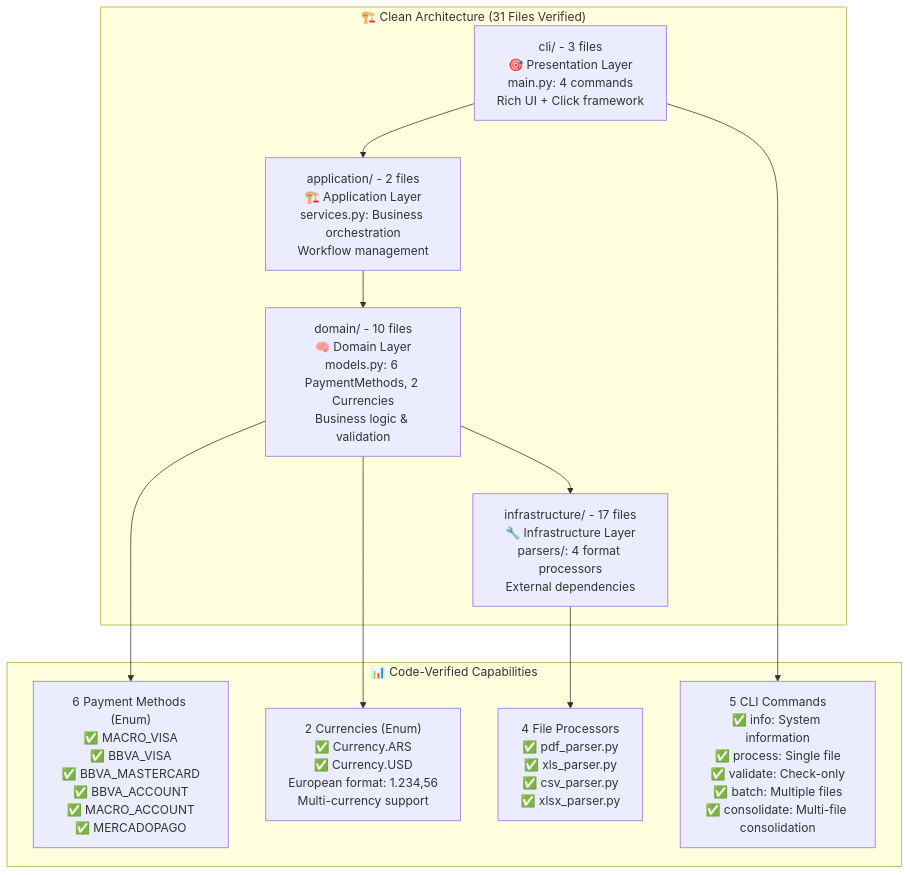
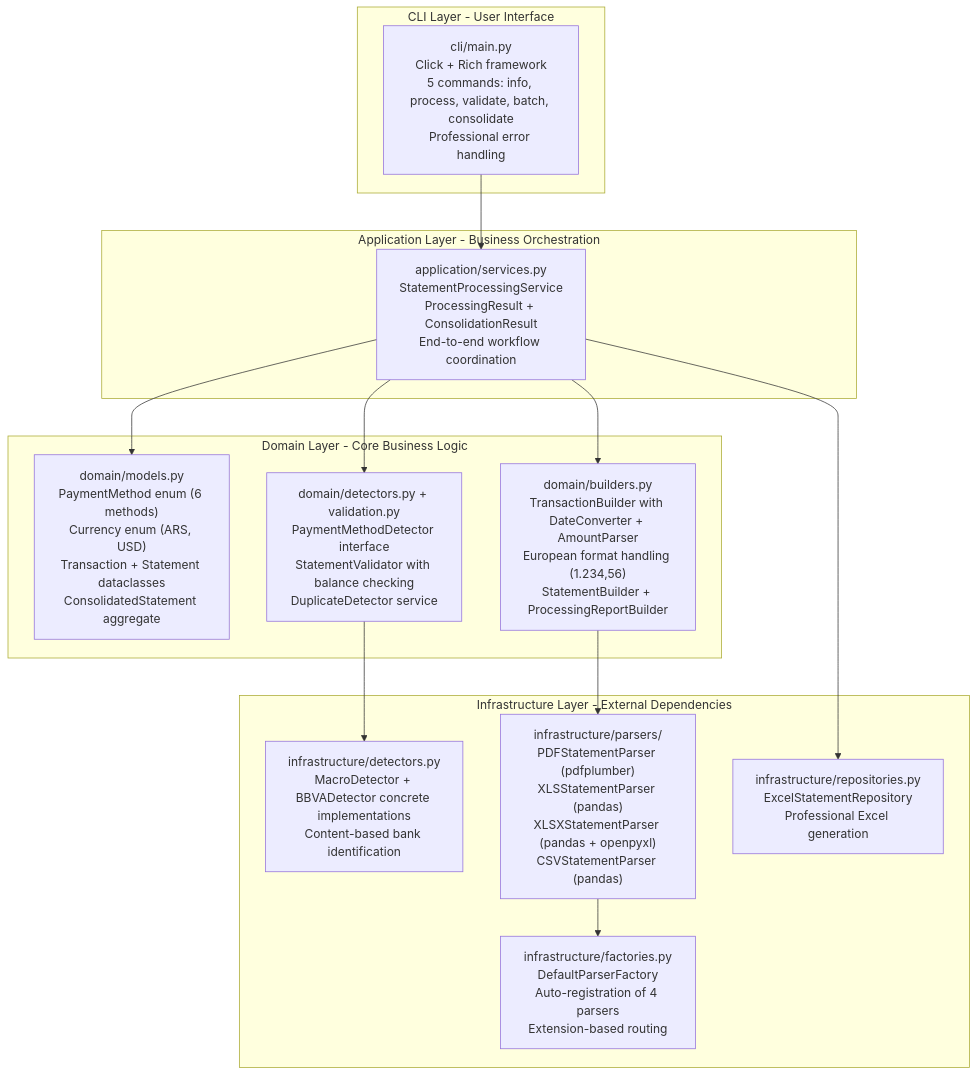
One commit to EduuardoPerez/financial-statement-processor changed the diagram in memory-bank/projectbrief.md. Above: the diagram before and after it, drawn with Mermaid. The commit also changed other lines of this file and 6 other files, not shown here.

````diff
--- a/memory-bank/projectbrief.md
+++ b/memory-bank/projectbrief.md
@@ -26,31 +13,37 @@
 ```mermaid
 graph TB
-    subgraph "🏗️ Clean Architecture (31 Files Verified)"
-        CLI_LAYER["cli/ - 3 files<br/>🎯 Presentation Layer<br/>main.py: 4 commands<br/>Rich UI + Click framework"]
-
-        APP_LAYER["application/ - 2 files<br/>🏗️ Application Layer<br/>services.py: Business orchestration<br/>Workflow management"]
-
-        DOMAIN_LAYER["domain/ - 10 files<br/>🧠 Domain Layer<br/>models.py: 6 PaymentMethods, 2 Currencies<br/>Business logic & validation"]
-
-        INFRA_LAYER["infrastructure/ - 17 files<br/>🔧 Infrastructure Layer<br/>parsers/: 4 format processors<br/>External dependencies"]
+    subgraph "CLI Layer - User Interface"
+        CLI_MAIN["cli/main.py<br/>Click + Rich framework<br/>5 commands: info, process, validate, batch, consolidate<br/>Professional error handling"]
     end
 
-    subgraph "📊 Code-Verified Capabilities"
-        PAYMENT_METHODS["6 Payment Methods (Enum)<br/>✅ MACRO_VISA<br/>✅ BBVA_VISA<br/>✅ BBVA_MASTERCARD<br/>✅ BBVA_ACCOUNT<br/>✅ MACRO_ACCOUNT<br/>✅ MERCADOPAGO"]
-
-        CURRENCIES["2 Currencies (Enum)<br/>✅ Currency.ARS<br/>✅ Currency.USD<br/>European format: 1.234,56<br/>Multi-currency support"]
-
-        FILE_FORMATS["4 File Processors<br/>✅ pdf_parser.py<br/>✅ xls_parser.py<br/>✅ csv_parser.py<br/>✅ xlsx_parser.py"]
-
-        CLI_COMMANDS["5 CLI Commands<br/>✅ info: System information<br/>✅ process: Single file<br/>✅ validate: Check-only<br/>✅ batch: Multiple files<br/>✅ consolidate: Multi-file consolidation"]
+    subgraph "Application Layer - Business Orchestration"
+        APP_SERVICE["application/services.py<br/>StatementProcessingService<br/>ProcessingResult + ConsolidationResult<br/>End-to-end workflow coordination"]
     end
 
-    CLI_LAYER --> APP_LAYER
-    APP_LAYER --> DOMAIN_LAYER
-    DOMAIN_LAYER --> INFRA_LAYER
+    subgraph "Domain Layer - Core Business Logic"
+        DOMAIN_MODELS["domain/models.py<br/>PaymentMethod enum (6 methods)<br/>Currency enum (ARS, USD)<br/>Transaction + Statement dataclasses<br/>ConsolidatedStatement aggregate"]
 
-    DOMAIN_LAYER --> PAYMENT_METHODS
-    DOMAIN_LAYER --> CURRENCIES
-    INFRA_LAYER --> FILE_FORMATS
-    CLI_LAYER --> CLI_COMMANDS
+        DOMAIN_BUILDERS["domain/builders.py<br/>TransactionBuilder with DateConverter + AmountParser<br/>European format handling (1.234,56)<br/>StatementBuilder + ProcessingReportBuilder"]
+
+        DOMAIN_SERVICES["domain/detectors.py + validation.py<br/>PaymentMethodDetector interface<br/>StatementValidator with balance checking<br/>DuplicateDetector service"]
+    end
+
+    subgraph "Infrastructure Layer - External Dependencies"
+        INFRA_DETECTORS["infrastructure/detectors.py<br/>MacroDetector + BBVADetector concrete implementations<br/>Content-based bank identification"]
+
+        INFRA_PARSERS["infrastructure/parsers/<br/>PDFStatementParser (pdfplumber)<br/>XLSStatementParser (pandas)<br/>XLSXStatementParser (pandas + openpyxl)<br/>CSVStatementParser (pandas)"]
+
+        INFRA_FACTORIES["infrastructure/factories.py<br/>DefaultParserFactory<br/>Auto-registration of 4 parsers<br/>Extension-based routing"]
+
+        INFRA_REPOS["infrastructure/repositories.py<br/>ExcelStatementRepository<br/>Professional Excel generation"]
+    end
+
+    CLI_MAIN --> APP_SERVICE
+    APP_SERVICE --> DOMAIN_MODELS
+    APP_SERVICE --> DOMAIN_BUILDERS
+    APP_SERVICE --> DOMAIN_SERVICES
+    DOMAIN_SERVICES --> INFRA_DETECTORS
+    DOMAIN_BUILDERS --> INFRA_PARSERS
+    INFRA_PARSERS --> INFRA_FACTORIES
+    APP_SERVICE --> INFRA_REPOS
 ```
````
